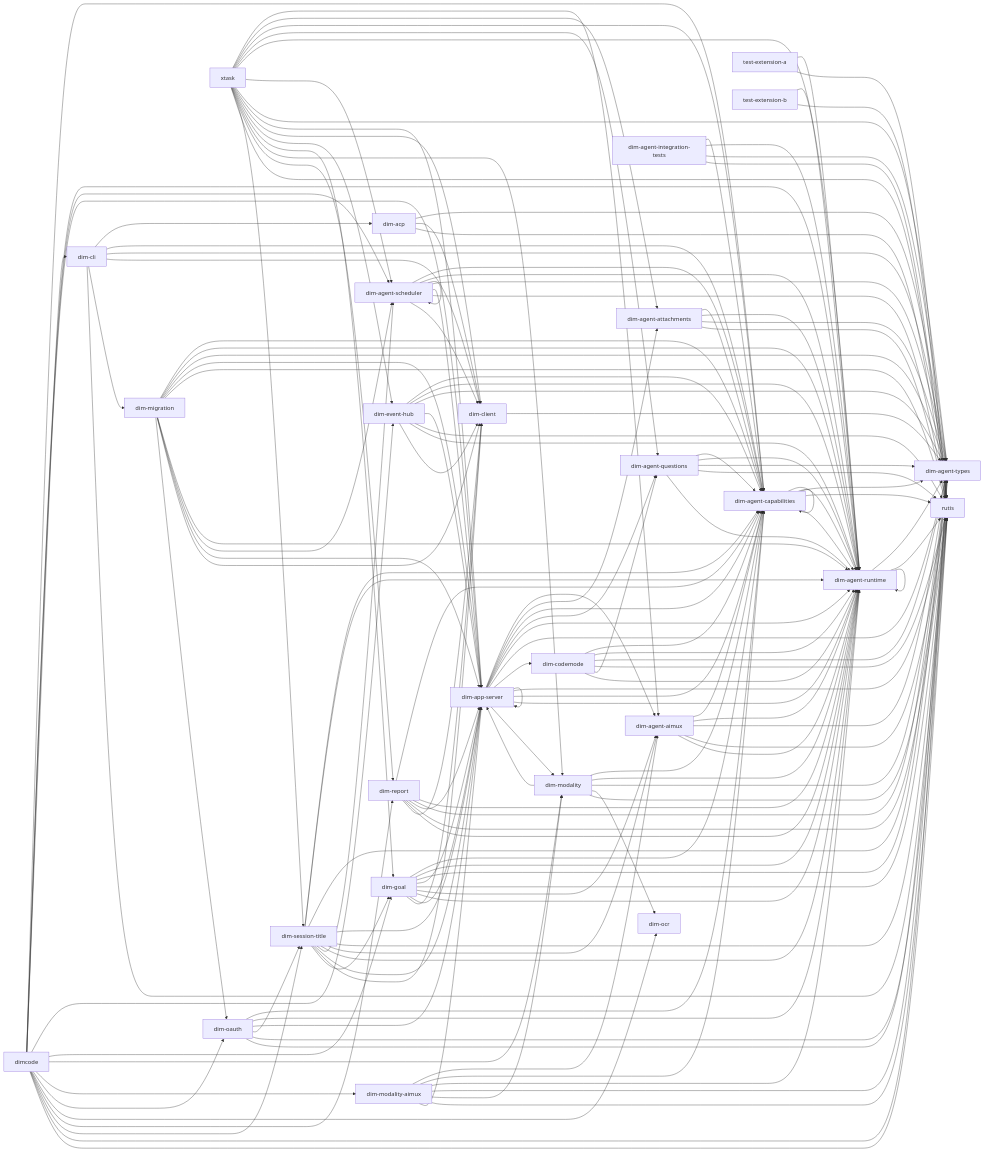
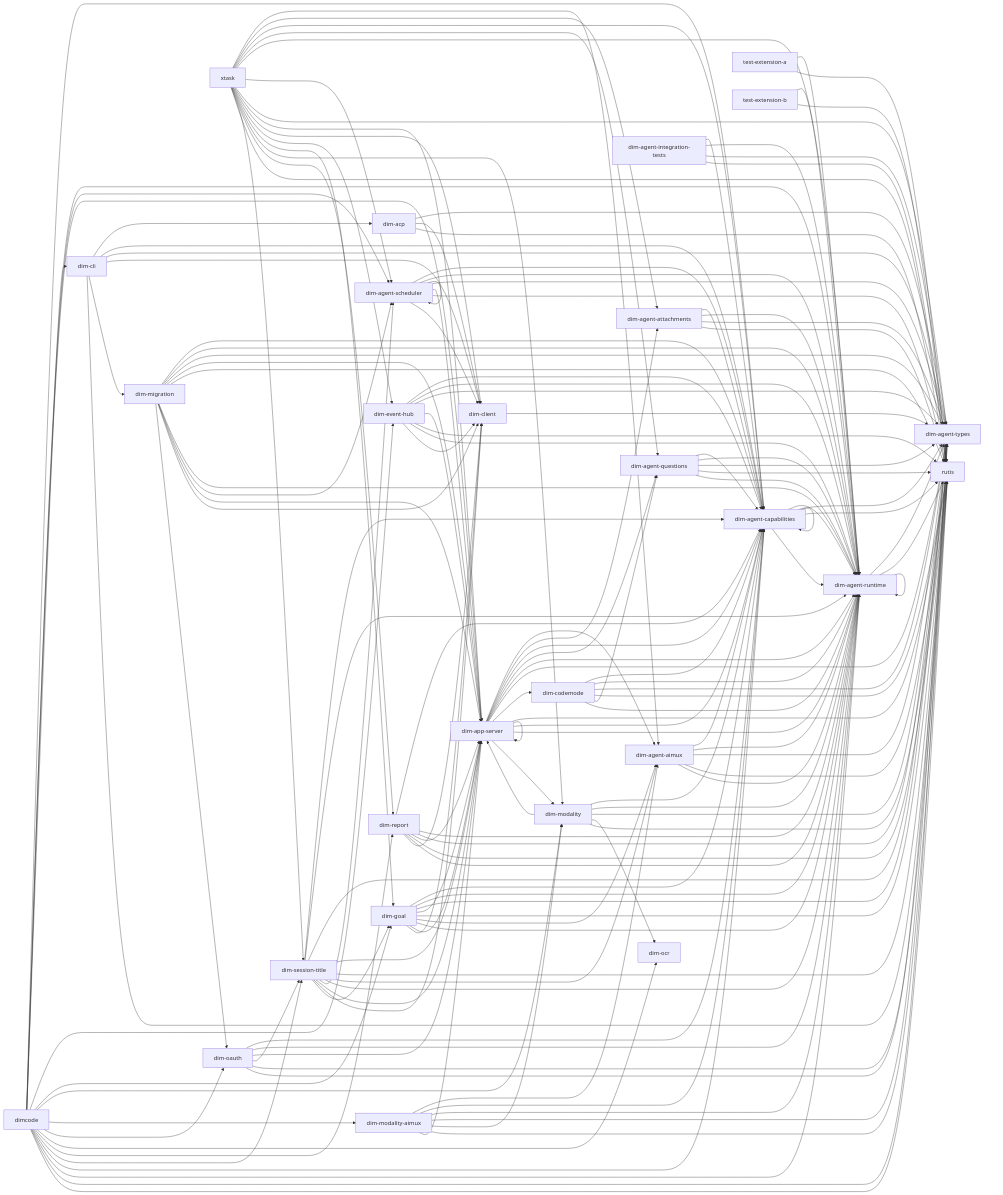
The diagram in docs/architecture/rust-agent/generated/crates.mmd (CoutinhoTTS/dim-agent), drawn with Mermaid before and after one commit. The commit also changed 4 other files, not shown here.

```diff
--- a/docs/architecture/rust-agent/generated/crates.mmd
+++ b/docs/architecture/rust-agent/generated/crates.mmd
@@ -1,160 +1,162 @@
 %% Generated from cargo metadata; do not edit.
 flowchart LR
   dim_agent_runtime["dim-agent-runtime"] --> dim_agent_types["dim-agent-types"]
   dim_agent_runtime["dim-agent-runtime"] --> rutis["rutis"]
   dim_agent_runtime["dim-agent-runtime"] --> dim_agent_runtime["dim-agent-runtime"]
   dim_agent_capabilities["dim-agent-capabilities"] --> dim_agent_runtime["dim-agent-runtime"]
   dim_agent_capabilities["dim-agent-capabilities"] --> dim_agent_types["dim-agent-types"]
   dim_agent_capabilities["dim-agent-capabilities"] --> rutis["rutis"]
   dim_agent_capabilities["dim-agent-capabilities"] --> dim_agent_capabilities["dim-agent-capabilities"]
   dim_agent_capabilities["dim-agent-capabilities"] --> dim_agent_runtime["dim-agent-runtime"]
   dim_agent_aimux["dim-agent-aimux"] --> dim_agent_capabilities["dim-agent-capabilities"]
   dim_agent_aimux["dim-agent-aimux"] --> dim_agent_runtime["dim-agent-runtime"]
   dim_agent_aimux["dim-agent-aimux"] --> dim_agent_types["dim-agent-types"]
   dim_agent_aimux["dim-agent-aimux"] --> rutis["rutis"]
   dim_agent_aimux["dim-agent-aimux"] --> dim_agent_runtime["dim-agent-runtime"]
   dim_agent_attachments["dim-agent-attachments"] --> dim_agent_capabilities["dim-agent-capabilities"]
   dim_agent_attachments["dim-agent-attachments"] --> dim_agent_runtime["dim-agent-runtime"]
   dim_agent_attachments["dim-agent-attachments"] --> dim_agent_types["dim-agent-types"]
   dim_agent_attachments["dim-agent-attachments"] --> rutis["rutis"]
   dim_agent_questions["dim-agent-questions"] --> dim_agent_capabilities["dim-agent-capabilities"]
   dim_agent_questions["dim-agent-questions"] --> dim_agent_runtime["dim-agent-runtime"]
   dim_agent_questions["dim-agent-questions"] --> dim_agent_types["dim-agent-types"]
   dim_agent_questions["dim-agent-questions"] --> rutis["rutis"]
   dim_agent_questions["dim-agent-questions"] --> dim_agent_runtime["dim-agent-runtime"]
   dim_agent_scheduler["dim-agent-scheduler"] --> dim_agent_capabilities["dim-agent-capabilities"]
   dim_agent_scheduler["dim-agent-scheduler"] --> dim_agent_runtime["dim-agent-runtime"]
   dim_agent_scheduler["dim-agent-scheduler"] --> dim_agent_types["dim-agent-types"]
   dim_agent_scheduler["dim-agent-scheduler"] --> dim_app_server["dim-app-server"]
   dim_agent_scheduler["dim-agent-scheduler"] --> rutis["rutis"]
   dim_agent_scheduler["dim-agent-scheduler"] --> dim_agent_scheduler["dim-agent-scheduler"]
   dim_agent_scheduler["dim-agent-scheduler"] --> dim_client["dim-client"]
   dim_app_server["dim-app-server"] --> dim_agent_aimux["dim-agent-aimux"]
   dim_app_server["dim-app-server"] --> dim_agent_attachments["dim-agent-attachments"]
   dim_app_server["dim-app-server"] --> dim_agent_capabilities["dim-agent-capabilities"]
   dim_app_server["dim-app-server"] --> dim_agent_questions["dim-agent-questions"]
   dim_app_server["dim-app-server"] --> dim_agent_runtime["dim-agent-runtime"]
   dim_app_server["dim-app-server"] --> dim_agent_types["dim-agent-types"]
   dim_app_server["dim-app-server"] --> dim_codemode["dim-codemode"]
   dim_app_server["dim-app-server"] --> rutis["rutis"]
   dim_app_server["dim-app-server"] --> dim_agent_capabilities["dim-agent-capabilities"]
   dim_app_server["dim-app-server"] --> dim_agent_runtime["dim-agent-runtime"]
   dim_app_server["dim-app-server"] --> dim_app_server["dim-app-server"]
   dim_app_server["dim-app-server"] --> dim_modality["dim-modality"]
   dim_codemode["dim-codemode"] --> dim_agent_capabilities["dim-agent-capabilities"]
   dim_codemode["dim-codemode"] --> dim_agent_runtime["dim-agent-runtime"]
   dim_codemode["dim-codemode"] --> dim_agent_types["dim-agent-types"]
   dim_codemode["dim-codemode"] --> rutis["rutis"]
   dim_codemode["dim-codemode"] --> dim_agent_questions["dim-agent-questions"]
   dim_codemode["dim-codemode"] --> dim_agent_runtime["dim-agent-runtime"]
   dim_modality["dim-modality"] --> dim_agent_capabilities["dim-agent-capabilities"]
   dim_modality["dim-modality"] --> dim_agent_runtime["dim-agent-runtime"]
   dim_modality["dim-modality"] --> dim_agent_types["dim-agent-types"]
   dim_modality["dim-modality"] --> dim_app_server["dim-app-server"]
   dim_modality["dim-modality"] --> dim_ocr["dim-ocr"]
   dim_modality["dim-modality"] --> rutis["rutis"]
   dim_client["dim-client"] --> dim_agent_types["dim-agent-types"]
   dim_event_hub["dim-event-hub"] --> dim_agent_capabilities["dim-agent-capabilities"]
   dim_event_hub["dim-event-hub"] --> dim_agent_runtime["dim-agent-runtime"]
   dim_event_hub["dim-event-hub"] --> dim_agent_types["dim-agent-types"]
   dim_event_hub["dim-event-hub"] --> dim_app_server["dim-app-server"]
   dim_event_hub["dim-event-hub"] --> rutis["rutis"]
   dim_event_hub["dim-event-hub"] --> dim_agent_runtime["dim-agent-runtime"]
   dim_event_hub["dim-event-hub"] --> dim_client["dim-client"]
   dim_acp["dim-acp"] --> dim_agent_types["dim-agent-types"]
   dim_acp["dim-acp"] --> dim_client["dim-client"]
   dim_acp["dim-acp"] --> rutis["rutis"]
   dim_cli["dim-cli"] --> dim_acp["dim-acp"]
   dim_cli["dim-cli"] --> dim_agent_capabilities["dim-agent-capabilities"]
   dim_cli["dim-cli"] --> dim_agent_types["dim-agent-types"]
   dim_cli["dim-cli"] --> dim_client["dim-client"]
   dim_cli["dim-cli"] --> dim_migration["dim-migration"]
   dim_cli["dim-cli"] --> rutis["rutis"]
   dim_migration["dim-migration"] --> dim_agent_capabilities["dim-agent-capabilities"]
   dim_migration["dim-migration"] --> dim_agent_runtime["dim-agent-runtime"]
   dim_migration["dim-migration"] --> dim_agent_types["dim-agent-types"]
   dim_migration["dim-migration"] --> dim_app_server["dim-app-server"]
   dim_migration["dim-migration"] --> rutis["rutis"]
   dim_migration["dim-migration"] --> dim_agent_runtime["dim-agent-runtime"]
   dim_migration["dim-migration"] --> dim_agent_scheduler["dim-agent-scheduler"]
   dim_migration["dim-migration"] --> dim_app_server["dim-app-server"]
   dim_migration["dim-migration"] --> dim_client["dim-client"]
   dim_migration["dim-migration"] --> dim_oauth["dim-oauth"]
   dim_oauth["dim-oauth"] --> dim_agent_capabilities["dim-agent-capabilities"]
   dim_oauth["dim-oauth"] --> dim_agent_runtime["dim-agent-runtime"]
   dim_oauth["dim-oauth"] --> dim_app_server["dim-app-server"]
   dim_oauth["dim-oauth"] --> dim_session_title["dim-session-title"]
   dim_oauth["dim-oauth"] --> rutis["rutis"]
   dim_oauth["dim-oauth"] --> dim_agent_types["dim-agent-types"]
   dim_session_title["dim-session-title"] --> dim_agent_capabilities["dim-agent-capabilities"]
   dim_session_title["dim-session-title"] --> dim_agent_runtime["dim-agent-runtime"]
   dim_session_title["dim-session-title"] --> dim_agent_types["dim-agent-types"]
   dim_session_title["dim-session-title"] --> dim_app_server["dim-app-server"]
   dim_session_title["dim-session-title"] --> rutis["rutis"]
   dim_session_title["dim-session-title"] --> dim_agent_aimux["dim-agent-aimux"]
   dim_session_title["dim-session-title"] --> dim_agent_runtime["dim-agent-runtime"]
   dim_session_title["dim-session-title"] --> dim_agent_scheduler["dim-agent-scheduler"]
   dim_session_title["dim-session-title"] --> dim_app_server["dim-app-server"]
   dim_session_title["dim-session-title"] --> dim_client["dim-client"]
   dim_session_title["dim-session-title"] --> dim_goal["dim-goal"]
   dim_goal["dim-goal"] --> dim_agent_capabilities["dim-agent-capabilities"]
   dim_goal["dim-goal"] --> dim_agent_runtime["dim-agent-runtime"]
   dim_goal["dim-goal"] --> dim_agent_types["dim-agent-types"]
   dim_goal["dim-goal"] --> dim_app_server["dim-app-server"]
   dim_goal["dim-goal"] --> rutis["rutis"]
   dim_goal["dim-goal"] --> dim_agent_aimux["dim-agent-aimux"]
   dim_goal["dim-goal"] --> dim_agent_runtime["dim-agent-runtime"]
   dim_goal["dim-goal"] --> dim_app_server["dim-app-server"]
   dim_goal["dim-goal"] --> dim_client["dim-client"]
   dim_report["dim-report"] --> dim_agent_capabilities["dim-agent-capabilities"]
   dim_report["dim-report"] --> dim_agent_runtime["dim-agent-runtime"]
   dim_report["dim-report"] --> dim_agent_types["dim-agent-types"]
   dim_report["dim-report"] --> dim_app_server["dim-app-server"]
   dim_report["dim-report"] --> rutis["rutis"]
   dim_report["dim-report"] --> dim_agent_runtime["dim-agent-runtime"]
   dim_report["dim-report"] --> dim_client["dim-client"]
   dim_modality_aimux["dim-modality-aimux"] --> dim_agent_aimux["dim-agent-aimux"]
   dim_modality_aimux["dim-modality-aimux"] --> dim_agent_capabilities["dim-agent-capabilities"]
   dim_modality_aimux["dim-modality-aimux"] --> dim_agent_runtime["dim-agent-runtime"]
   dim_modality_aimux["dim-modality-aimux"] --> dim_agent_types["dim-agent-types"]
   dim_modality_aimux["dim-modality-aimux"] --> dim_modality["dim-modality"]
   dim_modality_aimux["dim-modality-aimux"] --> rutis["rutis"]
   dim_modality_aimux["dim-modality-aimux"] --> dim_app_server["dim-app-server"]
   dimcode["dimcode"] --> dim_agent_capabilities["dim-agent-capabilities"]
   dimcode["dimcode"] --> dim_agent_runtime["dim-agent-runtime"]
   dimcode["dimcode"] --> dim_agent_scheduler["dim-agent-scheduler"]
   dimcode["dimcode"] --> dim_app_server["dim-app-server"]
   dimcode["dimcode"] --> dim_cli["dim-cli"]
   dimcode["dimcode"] --> dim_event_hub["dim-event-hub"]
   dimcode["dimcode"] --> dim_goal["dim-goal"]
   dimcode["dimcode"] --> dim_modality["dim-modality"]
   dimcode["dimcode"] --> dim_modality_aimux["dim-modality-aimux"]
   dimcode["dimcode"] --> dim_oauth["dim-oauth"]
   dimcode["dimcode"] --> dim_ocr["dim-ocr"]
   dimcode["dimcode"] --> dim_report["dim-report"]
   dimcode["dimcode"] --> dim_session_title["dim-session-title"]
+  dimcode["dimcode"] --> dim_agent_capabilities["dim-agent-capabilities"]
+  dimcode["dimcode"] --> dim_agent_runtime["dim-agent-runtime"]
   dimcode["dimcode"] --> dim_agent_types["dim-agent-types"]
   dimcode["dimcode"] --> rutis["rutis"]
   xtask["xtask"] --> dim_agent_aimux["dim-agent-aimux"]
   xtask["xtask"] --> dim_agent_attachments["dim-agent-attachments"]
   xtask["xtask"] --> dim_agent_capabilities["dim-agent-capabilities"]
   xtask["xtask"] --> dim_agent_questions["dim-agent-questions"]
   xtask["xtask"] --> dim_agent_runtime["dim-agent-runtime"]
   xtask["xtask"] --> dim_agent_scheduler["dim-agent-scheduler"]
   xtask["xtask"] --> dim_agent_types["dim-agent-types"]
   xtask["xtask"] --> dim_app_server["dim-app-server"]
   xtask["xtask"] --> dim_client["dim-client"]
   xtask["xtask"] --> dim_event_hub["dim-event-hub"]
   xtask["xtask"] --> dim_goal["dim-goal"]
   xtask["xtask"] --> dim_modality["dim-modality"]
   xtask["xtask"] --> dim_report["dim-report"]
   xtask["xtask"] --> dim_session_title["dim-session-title"]
   xtask["xtask"] --> rutis["rutis"]
   test_extension_a["test-extension-a"] --> dim_agent_runtime["dim-agent-runtime"]
   test_extension_a["test-extension-a"] --> rutis["rutis"]
   test_extension_b["test-extension-b"] --> dim_agent_runtime["dim-agent-runtime"]
   test_extension_b["test-extension-b"] --> rutis["rutis"]
   dim_agent_integration_tests["dim-agent-integration-tests"] --> dim_agent_capabilities["dim-agent-capabilities"]
   dim_agent_integration_tests["dim-agent-integration-tests"] --> dim_agent_runtime["dim-agent-runtime"]
   dim_agent_integration_tests["dim-agent-integration-tests"] --> dim_agent_types["dim-agent-types"]
   dim_agent_integration_tests["dim-agent-integration-tests"] --> rutis["rutis"]
```
